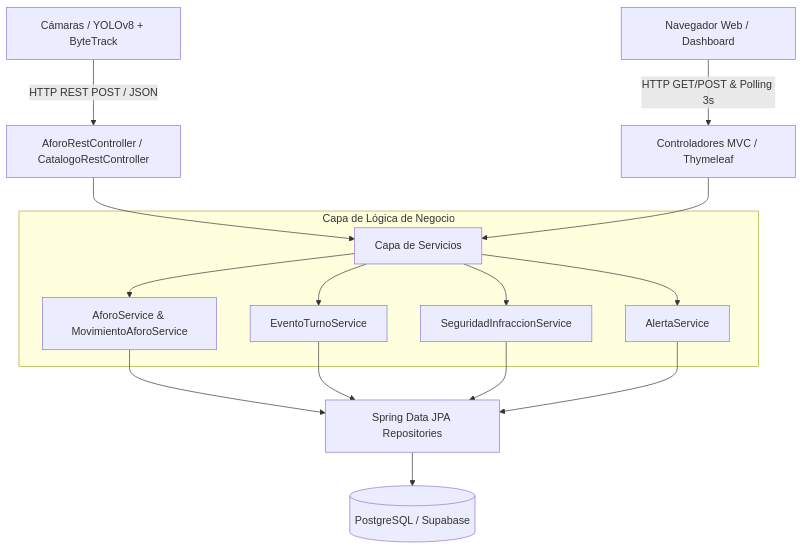
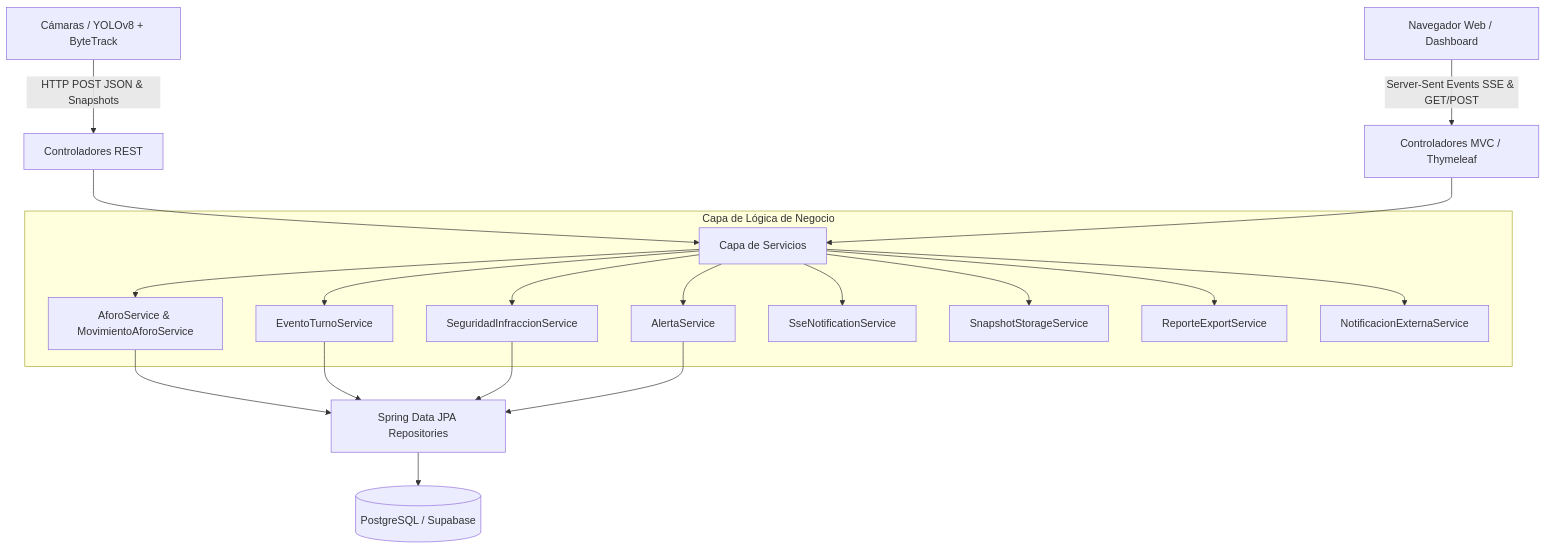
Before and after one commit to Xarmiel/MineSentinel: the diagram in README.md, drawn with Mermaid. The commit also changed other lines of this file and 195 other files, not shown here.

````diff
--- a/README.md
+++ b/README.md
@@ -24,22 +25,26 @@
 ```mermaid
 graph TD
-    YOLO[Cámaras / YOLOv8 + ByteTrack] -->|HTTP REST POST / JSON| REST[AforoRestController / CatalogoRestController]
-    WEB[Navegador Web / Dashboard] -->|HTTP GET/POST & Polling 3s| MVC[Controladores MVC / Thymeleaf]
+    YOLO[Cámaras / YOLOv8 + ByteTrack] -->|HTTP POST JSON & Snapshots| REST[Controladores REST]
+    WEB[Navegador Web / Dashboard] -->|Server-Sent Events SSE & GET/POST| MVC[Controladores MVC / Thymeleaf]
     
     REST --> SERV[Capa de Servicios]
     MVC --> SERV
     
     subgraph Services [Capa de Lógica de Negocio]
         SERV --> AforoServ[AforoService & MovimientoAforoService]
         SERV --> TurnoServ[EventoTurnoService]
         SERV --> SegServ[SeguridadInfraccionService]
         SERV --> AlertServ[AlertaService]
+        SERV --> SseServ[SseNotificationService]
+        SERV --> SnapServ[SnapshotStorageService]
+        SERV --> RepServ[ReporteExportService]
+        SERV --> NotifServ[NotificacionExternaService]
     end
     
     AforoServ --> REPO[Spring Data JPA Repositories]
     TurnoServ --> REPO
     SegServ --> REPO
     AlertServ --> REPO
     
     REPO --> DB[(PostgreSQL / Supabase)]
 ```
````
